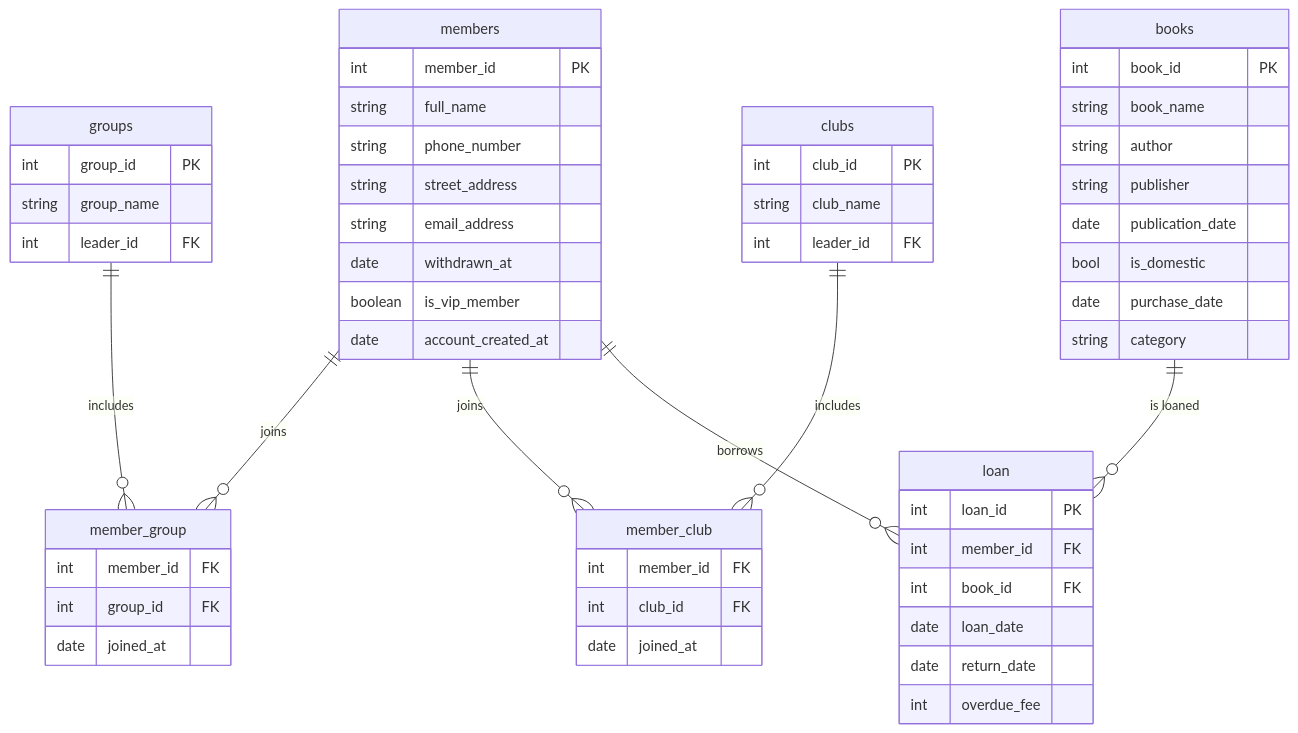
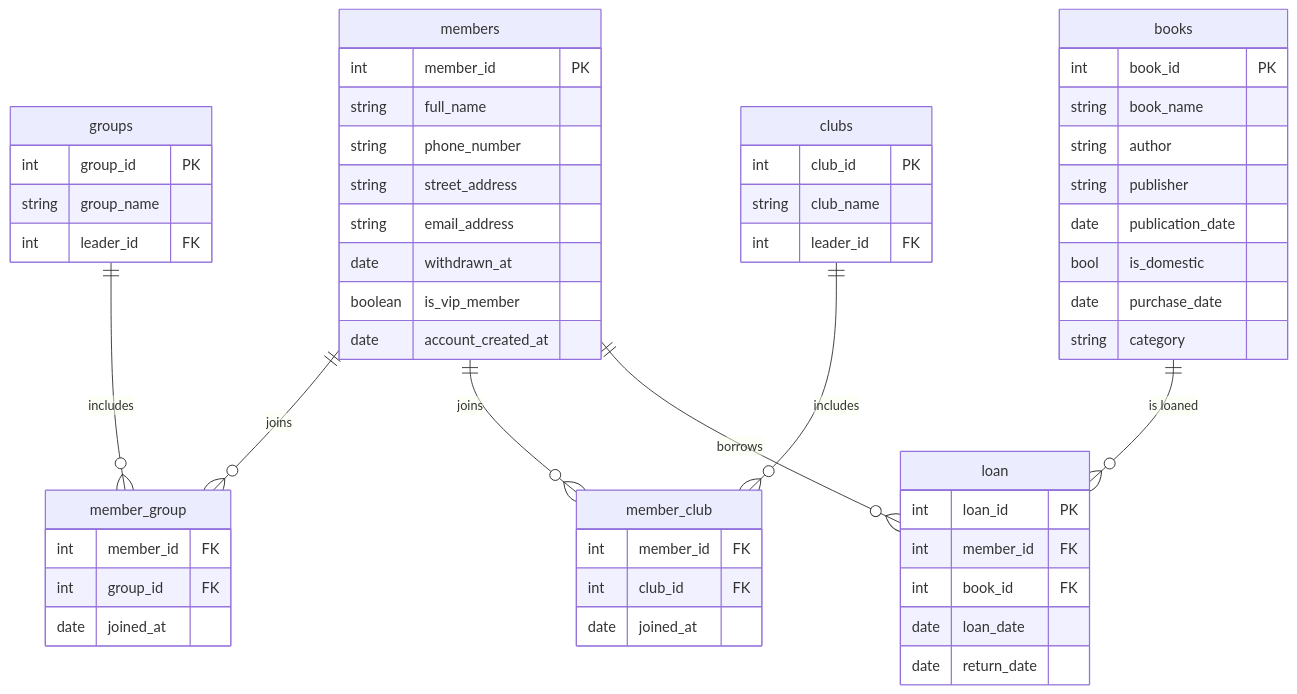
Before and after one commit to wontothree/library-managment-system: the diagram in README.md, drawn with Mermaid.

````diff
--- a/README.md
+++ b/README.md
@@ -59,72 +59,71 @@
 ```mermaid
 erDiagram
     %% 멤버 테이블을 정의합니다.
     members {
         int member_id PK
         string full_name
         string phone_number
         string street_address
         string email_address
         date withdrawn_at
         boolean is_vip_member
         date account_created_at
     }
 
     %% 그룹 테이블을 정의합니다.
     groups {
         int group_id PK
         string group_name
         int leader_id FK
     }
 
     %% 멤버-그룹 관계를 정의합니다.
     member_group {
         int member_id FK
         int group_id FK
         date joined_at
     }
 
     %% 클럽 테이블을 정의합니다.
     clubs {
         int club_id PK
         string club_name
         int leader_id FK
     }
 
     %% 멤버-클럽 관계를 정의합니다.
     member_club {
         int member_id FK
         int club_id FK
         date joined_at
     }
 
     %% 도서 테이블을 정의합니다.
     books {
         int book_id PK
         string book_name
         string author
         string publisher
         date publication_date
         bool is_domestic
         date purchase_date
         string category
     }
 
     %% 대출 테이블을 정의합니다.
     loan {
         int loan_id PK
         int member_id FK
         int book_id FK
         date loan_date
         date return_date
-        int overdue_fee
     }
 
     %% 관계 정의
     members ||--o{ member_group : "joins"
     groups ||--o{ member_group : "includes"
     members ||--o{ member_club : "joins"
     clubs ||--o{ member_club : "includes"
     members ||--o{ loan : "borrows"
     books ||--o{ loan : "is loaned"
 ```
````
